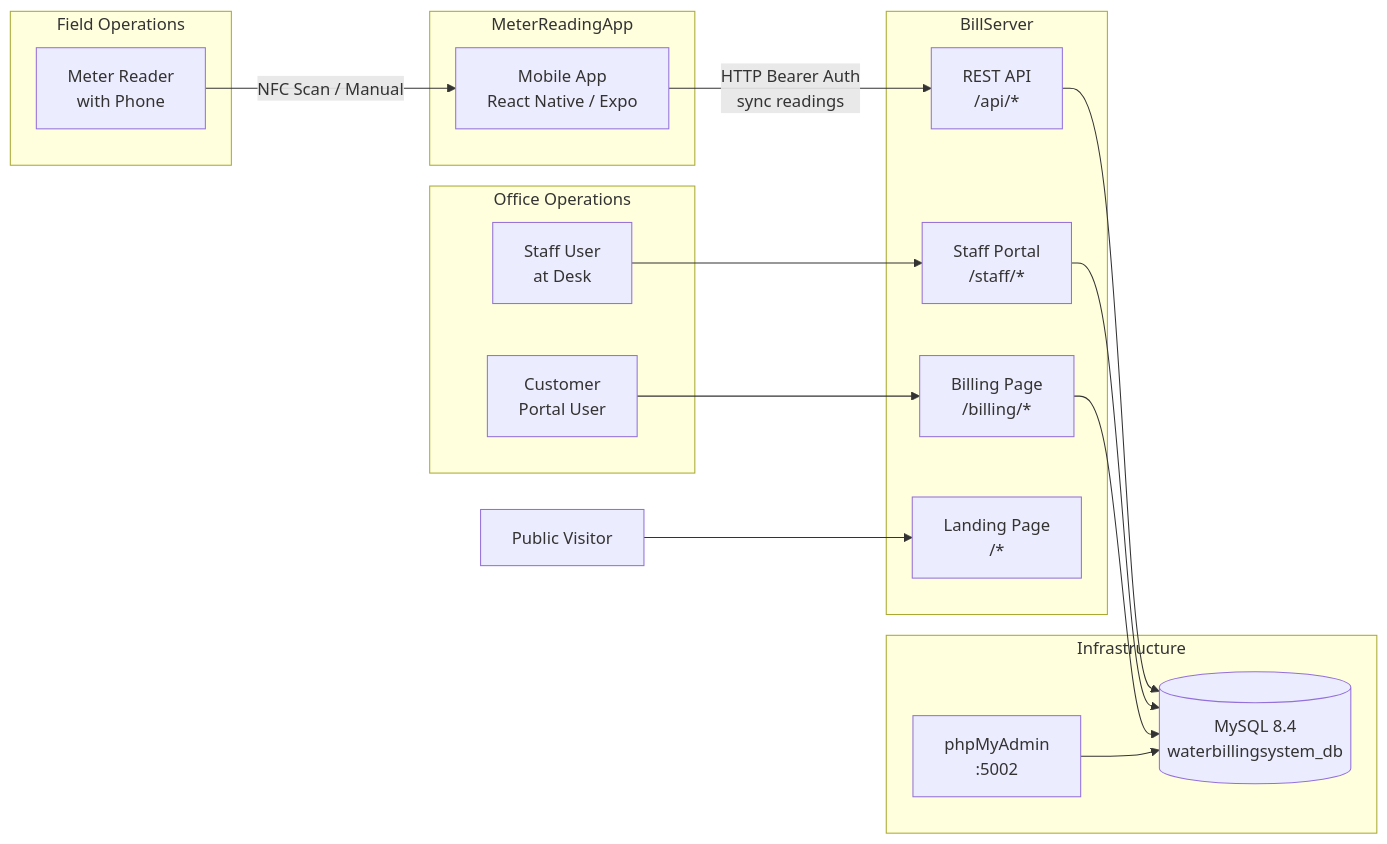
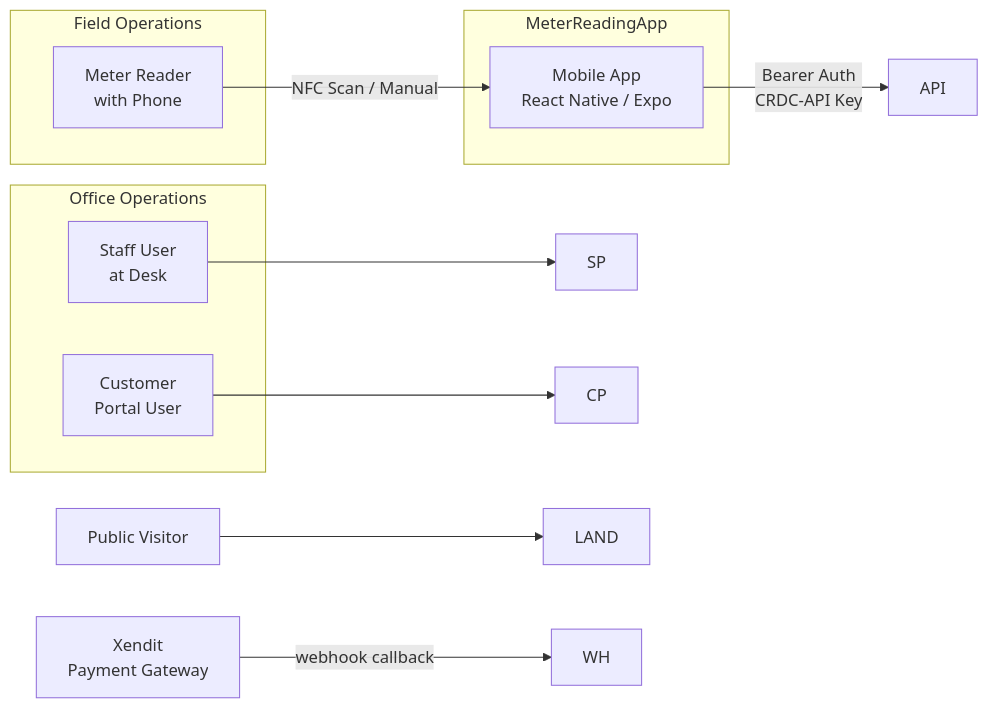
The second of 2 diagrams in documentation/docs/index.md (NovaProtocol/WaterBillingSystem), drawn with Mermaid before and after one commit. The commit also changed other lines of this file and 12 other files, not shown here.

Commit message:
docs: rewrite for current architecture (decomposed services, Caddy, Gatekeeper)

````diff
--- a/documentation/docs/index.md
+++ b/documentation/docs/index.md
@@ -31,35 +89,21 @@
 ```mermaid
 graph LR
     subgraph "Field Operations"
-        MN[Meter Reader<br/>with Phone]
+        MN["Meter Reader<br/>with Phone"]
     end
     subgraph "Office Operations"
-        SP[Staff User<br/>at Desk]
-        CP[Customer<br/>Portal User]
+        SP_USER["Staff User<br/>at Desk"]
+        CUST_USER["Customer<br/>Portal User"]
     end
 
     subgraph "MeterReadingApp"
-        MOB[Mobile App<br/>React Native / Expo]
-    end
-    subgraph "BillServer"
-        API[REST API<br/>/api/*]
-        WEB[Staff Portal<br/>/staff/*]
-        BILL[Billing Page<br/>/billing/*]
-        LAND[Landing Page<br/>/*]
-    end
-    subgraph "Infrastructure"
-        DB[(MySQL 8.4<br/>waterbillingsystem_db)]
-        ADMIN[phpMyAdmin<br/>:5002]
+        MOB["Mobile App<br/>React Native / Expo"]
     end
 
     MN -->|"NFC Scan / Manual"| MOB
-    MOB -->|"HTTP Bearer Auth<br/>sync readings"| API
-    SP --> WEB
-    CP --> BILL
-    PUBLIC[Public Visitor] --> LAND
-
-    API --> DB
-    WEB --> DB
-    BILL --> DB
-    ADMIN --> DB
+    MOB -->|"Bearer Auth<br/>CRDC-API Key"| API
+    SP_USER --> SP
+    CUST_USER --> CP
+    PUBLIC["Public Visitor"] --> LAND
+    XENDIT["Xendit<br/>Payment Gateway"] -->|"webhook callback"| WH
 ```
````
